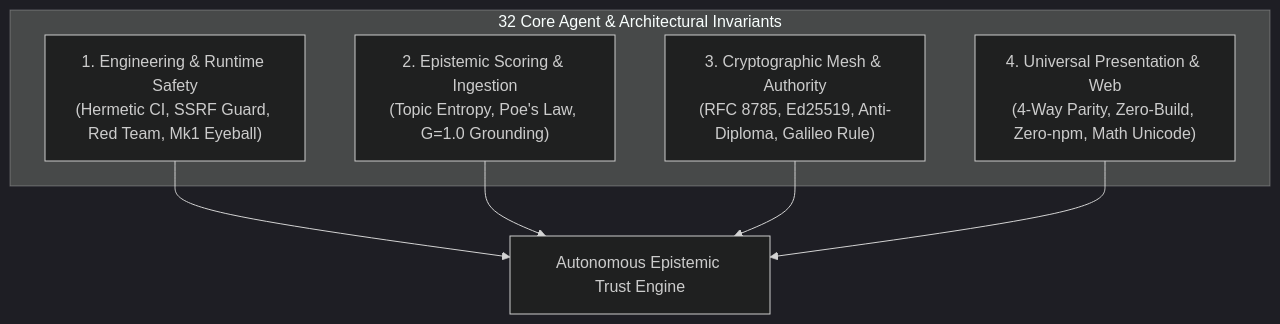
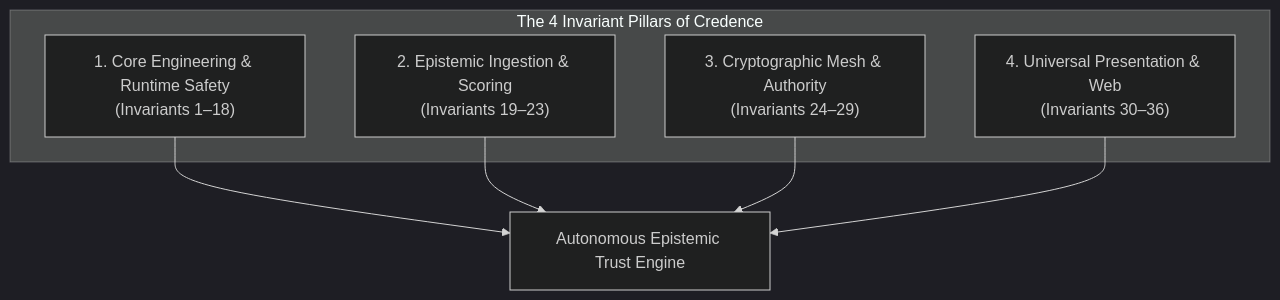
One commit to artibyrd/credence-docs changed the first of 5 diagrams in docs/invariants.md. Above: the diagram before and after it, drawn with Mermaid (dark theme). The commit also changed other lines of this file and 18 other files, not shown here.

Commit message:
feat(ecosystem): release v1.3.0 with Invariant Deep Linking, Rich Metadata Search, and Agentic Engineering category

````diff
--- a/docs/invariants.md
+++ b/docs/invariants.md
@@ -10,14 +15,18 @@
 ```mermaid
-graph TD
-    subgraph Invariants["32 Core Agent & Architectural Invariants"]
-        Pillar1["1. Engineering & Runtime Safety<br>(Hermetic CI, SSRF Guard, Red Team, Mk1 Eyeball)"]
-        Pillar2["2. Epistemic Scoring & Ingestion<br>(Topic Entropy, Poe's Law, G=1.0 Grounding)"]
-        Pillar3["3. Cryptographic Mesh & Authority<br>(RFC 8785, Ed25519, Anti-Diploma, Galileo Rule)"]
-        Pillar4["4. Universal Presentation & Web<br>(4-Way Parity, Zero-Build, Zero-npm, Math Unicode)"]
+flowchart TD
+    subgraph Pillars["The 4 Invariant Pillars of Credence"]
+        P1["1. Core Engineering & Runtime Safety
+(Invariants 1–18)"]
+        P2["2. Epistemic Ingestion & Scoring
+(Invariants 19–23)"]
+        P3["3. Cryptographic Mesh & Authority
+(Invariants 24–29)"]
+        P4["4. Universal Presentation & Web
+(Invariants 30–36)"]
     end
-
-    Pillar1 --> Core["Autonomous Epistemic Trust Engine"]
-    Pillar2 --> Core
-    Pillar3 --> Core
-    Pillar4 --> Core
+    
+    P1 --> Engine["Autonomous Epistemic Trust Engine"]
+    P2 --> Engine
+    P3 --> Engine
+    P4 --> Engine
 ```
````
